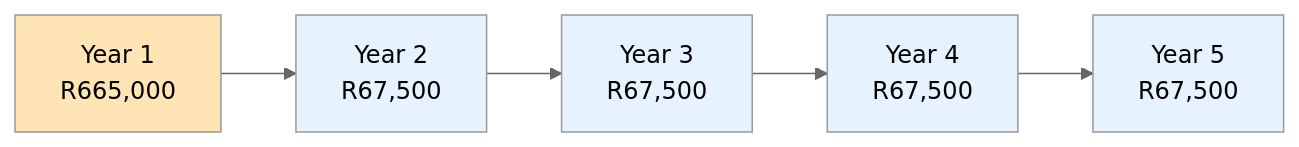
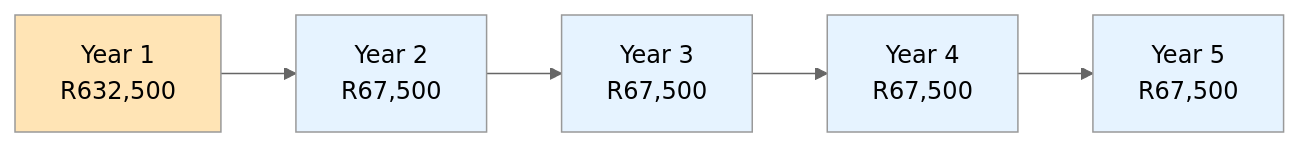
One commit to transnet-eduard-reitmann/locomotive-tracking-unit changed the fourth of 9 diagrams in docs/executive-summary.md. Above: the diagram before and after it, drawn with Mermaid (neutral theme). The commit also changed other lines of this file and 20 other files, not shown here.

````diff
--- a/docs/executive-summary.md
+++ b/docs/executive-summary.md
@@ -90,13 +90,13 @@
 ```mermaid
 graph LR
-    A[Year 1<br/>R665,000] --> B[Year 2<br/>R67,500]
+    A[Year 1<br/>R632,500] --> B[Year 2<br/>R67,500]
     B --> C[Year 3<br/>R67,500]
     C --> D[Year 4<br/>R67,500]
     D --> E[Year 5<br/>R67,500]
     
     style A fill:#FFE4B5
     style B fill:#E6F3FF
     style C fill:#E6F3FF
     style D fill:#E6F3FF
     style E fill:#E6F3FF
 ```
````
